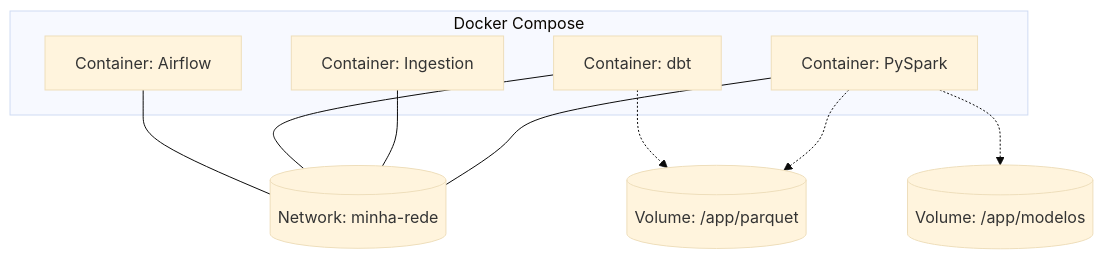
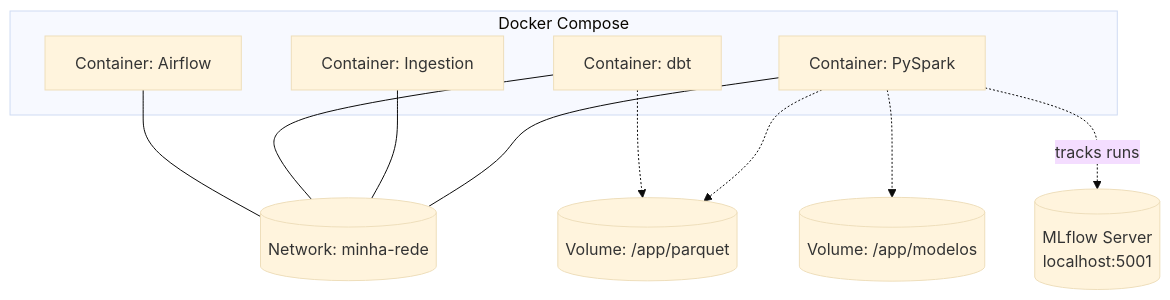
One commit to levi549/meteorologia changed the fourth of 4 diagrams in README.md. Above: the diagram before and after it, drawn with Mermaid (base theme). The commit also changed other lines of this file, not shown here.

````diff
--- a/README.md
+++ b/README.md
@@ -489,20 +507,22 @@
 ```mermaid
 flowchart TB
     subgraph Docker Compose
         C1[Container: Airflow]
         C2[Container: dbt]
         C3[Container: Ingestion]
         C4[Container: PySpark]
     end
     Net[("Network: minha-rede")]
     V1[("Volume: /app/parquet")]
     V2[("Volume: /app/modelos")]
+    MF[("MLflow Server<br/>localhost:5001")]
  
     C1 --- Net
     C2 --- Net
     C3 --- Net
     C4 --- Net
     C2 -.-> V1
     C4 -.-> V1
     C4 -.-> V2
+    C4 -.tracks runs.-> MF
 ```
````
